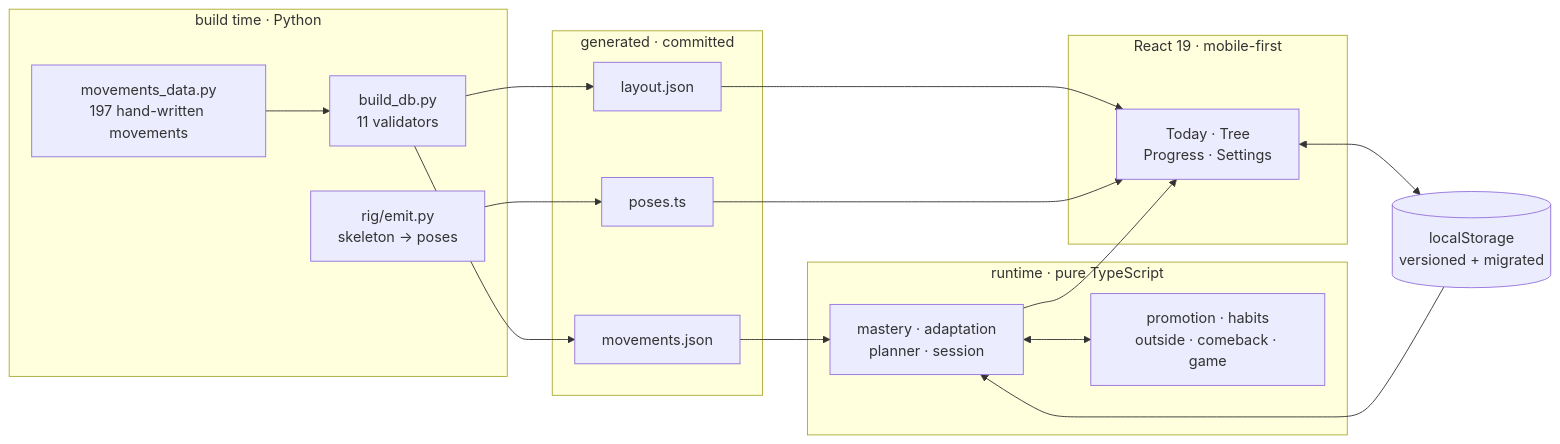
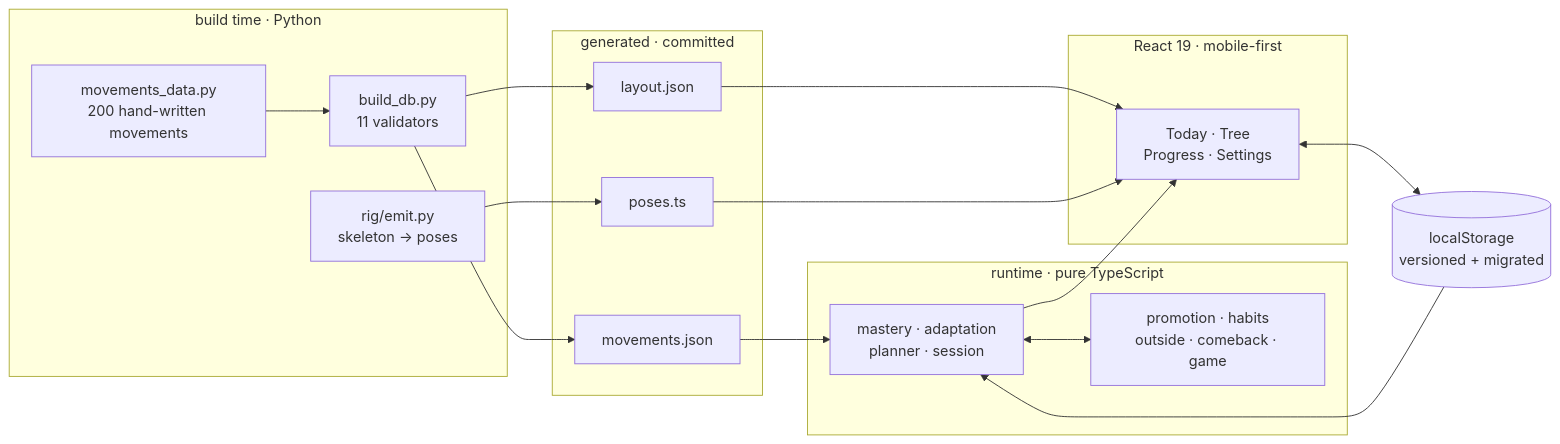
Before and after one commit to kuurtali/project-ascend: the diagram in README.md, drawn with Mermaid. The commit also changed other lines of this file and 18 other files, not shown here.

````diff
--- a/README.md
+++ b/README.md
@@ -355,32 +363,32 @@
 ```mermaid
 flowchart LR
   subgraph build["build time · Python"]
-    A["movements_data.py<br/>197 hand-written movements"]
+    A["movements_data.py<br/>200 hand-written movements"]
     B["build_db.py<br/>11 validators"]
     C["rig/emit.py<br/>skeleton → poses"]
   end
   subgraph data["generated · committed"]
     D["movements.json"]
     E["layout.json"]
     F["poses.ts"]
   end
   subgraph engine["runtime · pure TypeScript"]
     G["mastery · adaptation<br/>planner · session"]
     H["promotion · habits<br/>outside · comeback · game"]
   end
   subgraph ui["React 19 · mobile-first"]
     I["Today · Tree<br/>Progress · Settings"]
   end
   J[("localStorage<br/>versioned + migrated")]
 
   A --> B --> D
   B --> E
   C --> F
   D --> G
   E --> I
   F --> I
   G <--> H
   G --> I
   I <--> J
   J --> G
 ```
````
